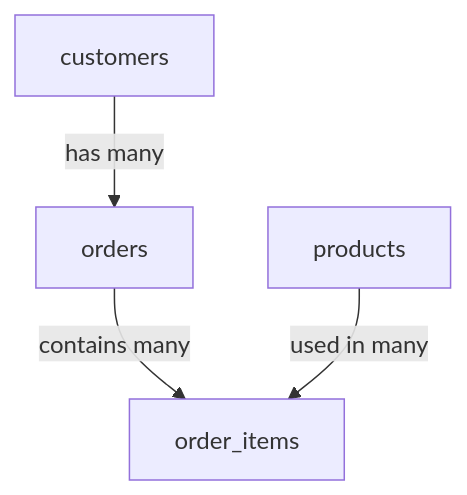
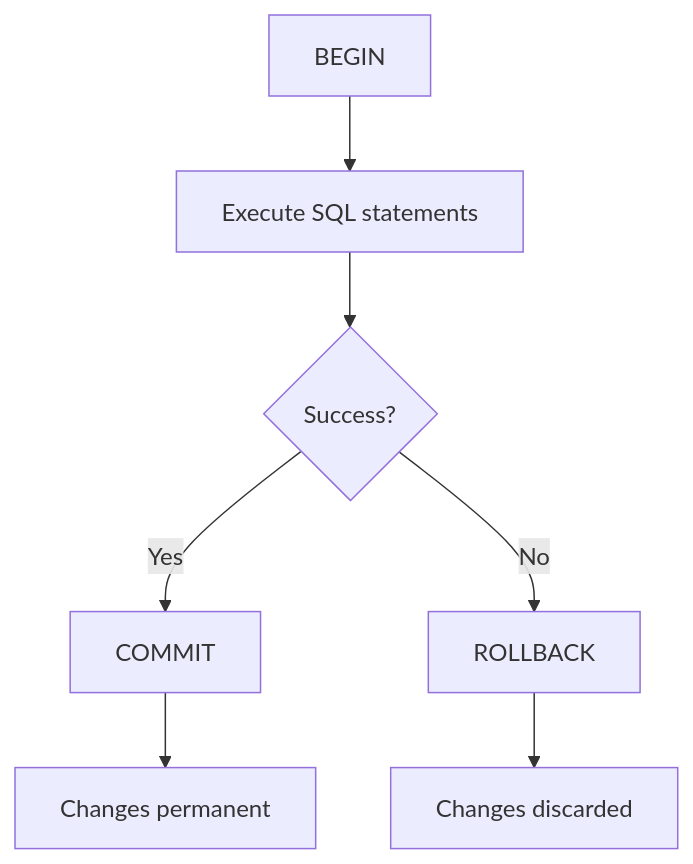
The seventh of 7 diagrams in apps-standalone/ayokoding-web/content/en/learn/crash-courses/swe/data/storage/postgresql/basics.md (wahidyankf/oss), drawn with Mermaid before and after one commit. The commit also changed other lines of this file and 40 other files, not shown here.

````diff
--- a/apps-standalone/ayokoding-web/content/en/learn/crash-courses/swe/data/storage/postgresql/basics.md
+++ b/apps-standalone/ayokoding-web/content/en/learn/crash-courses/swe/data/storage/postgresql/basics.md
@@ -218,6 +568,9 @@
 ```mermaid
-flowchart TD
-    A[customers] --> |has many| B[orders]
-    B --> |contains many| C[order_items]
-    D[products] --> |used in many| C
+graph TD
+    A[BEGIN] --> B[Execute SQL statements]
+    B --> C{Success?}
+    C -->|Yes| D[COMMIT]
+    C -->|No| E[ROLLBACK]
+    D --> F[Changes permanent]
+    E --> G[Changes discarded]
 ```
````
